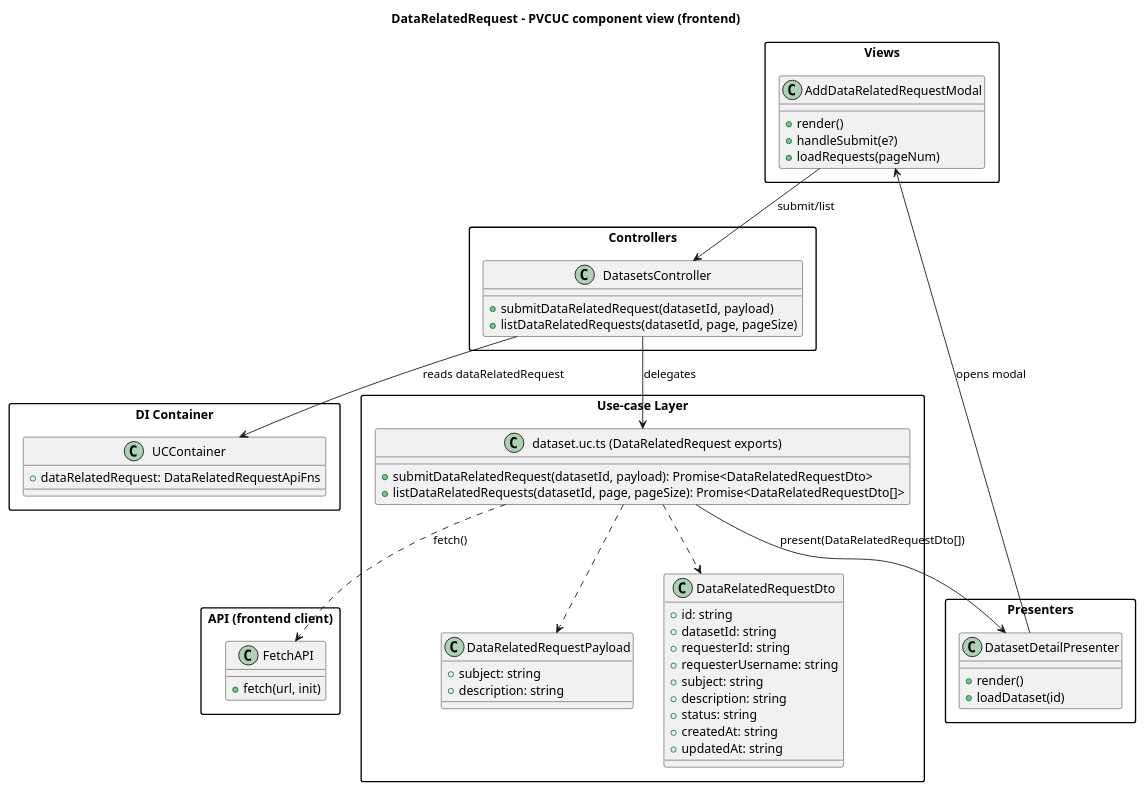
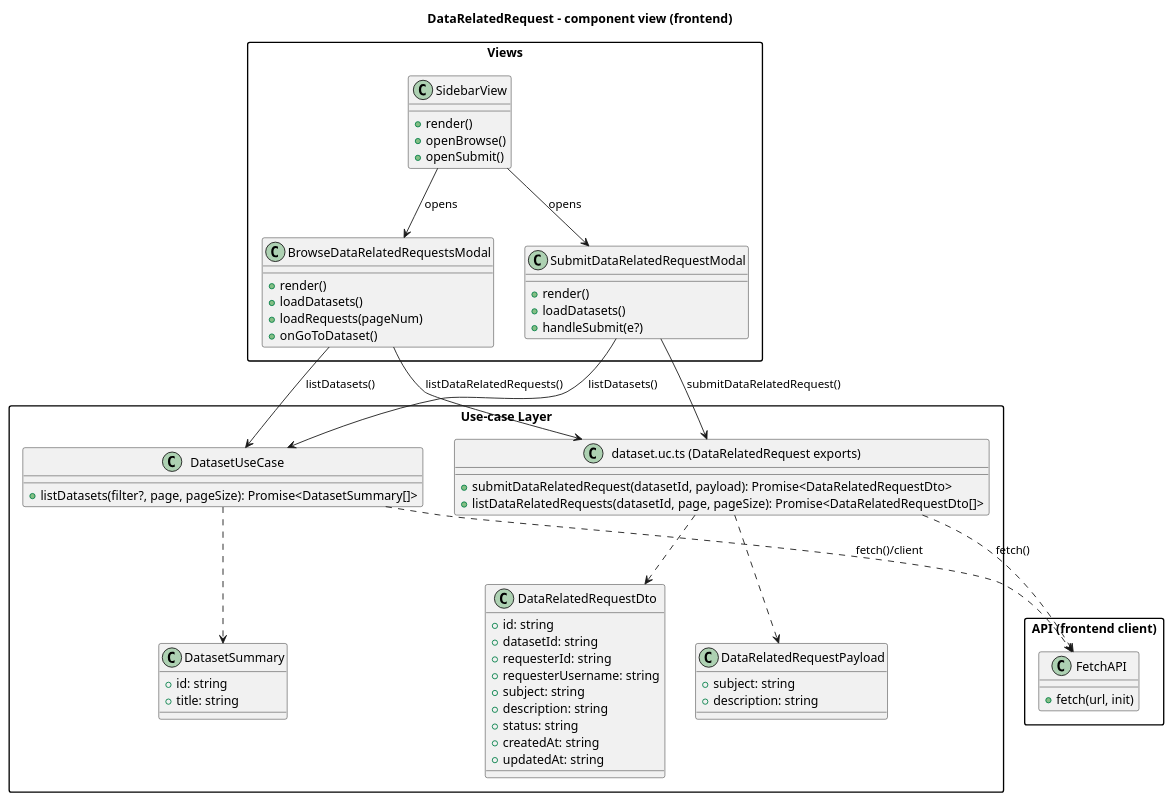
One commit to POP2025-EEPW/doorce-frontend changed the diagram in diagrams/class/dataRelatedRequestModule.puml. Above: the diagram before and after it, drawn with PlantUML. The commit also changed 5 other files, not shown here.

Commit message:
feat: dataRelatedRequests refactor

```diff
--- a/diagrams/class/dataRelatedRequestModule.puml
+++ b/diagrams/class/dataRelatedRequestModule.puml
@@ -1,73 +1,81 @@
 @startuml
-title DataRelatedRequest - PVCUC component view (frontend)
+title DataRelatedRequest - component view (frontend)
 
 skinparam packageStyle rectangle
 
 package "Views" {
-  class AddDataRelatedRequestModal {
+  class SidebarView {
     +render()
+    +openBrowse()
+    +openSubmit()
+  }
+
+  class BrowseDataRelatedRequestsModal {
+    +render()
+    +loadDatasets()
+    +loadRequests(pageNum)
+    +onGoToDataset()
+  }
+
+  class SubmitDataRelatedRequestModal {
+    +render()
+    +loadDatasets()
     +handleSubmit(e?)
-    +loadRequests(pageNum)
-  }
-}
-
-package "Presenters" {
-  class DatasetDetailPresenter {
-    +render()
-    +loadDataset(id)
-  }
-}
-
-package "Controllers" {
-  class DatasetsController {
-    +submitDataRelatedRequest(datasetId, payload)
-    +listDataRelatedRequests(datasetId, page, pageSize)
   }
 }
 
 package "Use-case Layer" {
+  class DatasetUseCase {
+    +listDatasets(filter?, page, pageSize): Promise<DatasetSummary[]>
+  }
+
+  class DatasetSummary {
+    +id: string
+    +title: string
+  }
+
   class "dataset.uc.ts (DataRelatedRequest exports)" as DataRelatedRequestApiFns {
     +submitDataRelatedRequest(datasetId, payload): Promise<DataRelatedRequestDto>
     +listDataRelatedRequests(datasetId, page, pageSize): Promise<DataRelatedRequestDto[]>
   }
 
   class DataRelatedRequestPayload {
     +subject: string
     +description: string
   }
 
   class DataRelatedRequestDto {
     +id: string
     +datasetId: string
     +requesterId: string
     +requesterUsername: string
     +subject: string
     +description: string
     +status: string
     +createdAt: string
     +updatedAt: string
   }
 }
 
-package "DI Container" {
-  class UCContainer {
-    +dataRelatedRequest: DataRelatedRequestApiFns
-  }
-}
-
 package "API (frontend client)" {
   class FetchAPI {
     +fetch(url, init)
   }
 }
 
-DatasetDetailPresenter --> AddDataRelatedRequestModal : opens modal
-AddDataRelatedRequestModal --> DatasetsController : submit/list
-DatasetsController --> UCContainer : reads dataRelatedRequest
-DatasetsController --> DataRelatedRequestApiFns : delegates
+SidebarView --> BrowseDataRelatedRequestsModal : opens
+SidebarView --> SubmitDataRelatedRequestModal : opens
+
+BrowseDataRelatedRequestsModal --> DatasetUseCase : listDatasets()
+SubmitDataRelatedRequestModal --> DatasetUseCase : listDatasets()
+
+BrowseDataRelatedRequestsModal --> DataRelatedRequestApiFns : listDataRelatedRequests()
+SubmitDataRelatedRequestModal --> DataRelatedRequestApiFns : submitDataRelatedRequest()
+
 DataRelatedRequestApiFns ..> FetchAPI : fetch()
+DatasetUseCase ..> FetchAPI : fetch()/client
 
 DataRelatedRequestApiFns ..> DataRelatedRequestPayload
 DataRelatedRequestApiFns ..> DataRelatedRequestDto
-DataRelatedRequestApiFns --> DatasetDetailPresenter : present(DataRelatedRequestDto[])
+DatasetUseCase ..> DatasetSummary
 @enduml
```
